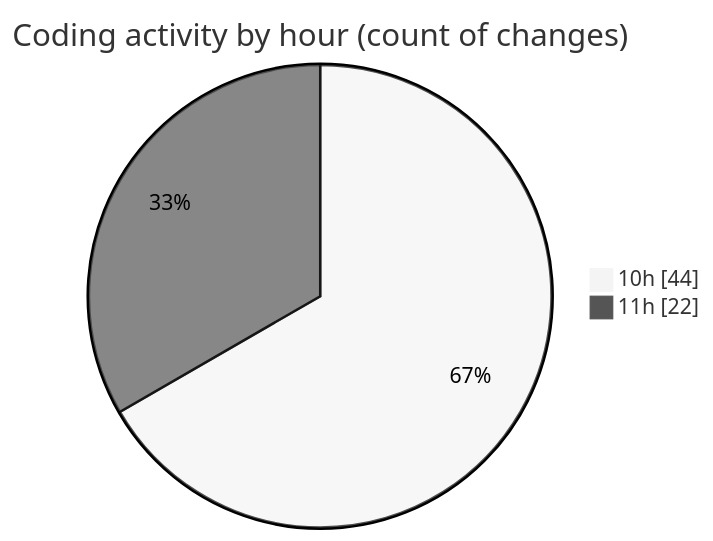
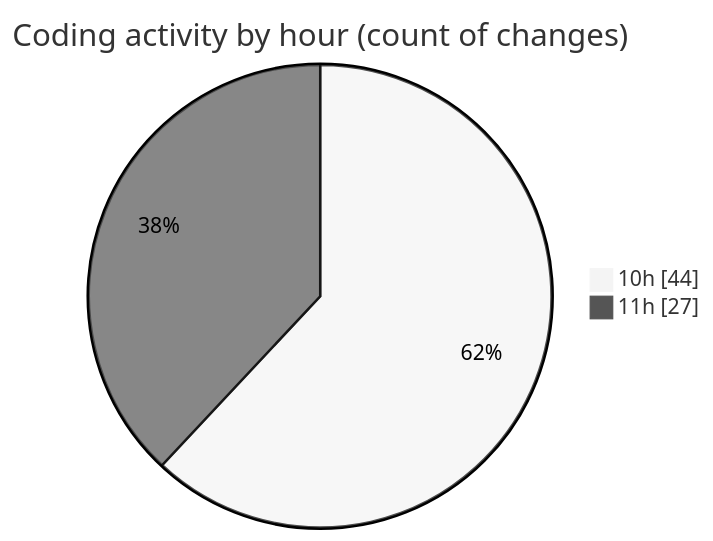
The second of 2 diagrams in 2025-08-28/cda/README.md (momahboobian/code-tracking), drawn with Mermaid (neutral theme) before and after one commit. The commit also changed other lines of this file and 1 other file, not shown here.

````diff
--- a/2025-08-28/cda/README.md
+++ b/2025-08-28/cda/README.md
@@ -30,6 +31,6 @@
 ```mermaid
 pie showData
 title Coding activity by hour (count of changes)
 "10h" : 44
-"11h" : 22
+"11h" : 27
 ```
````
